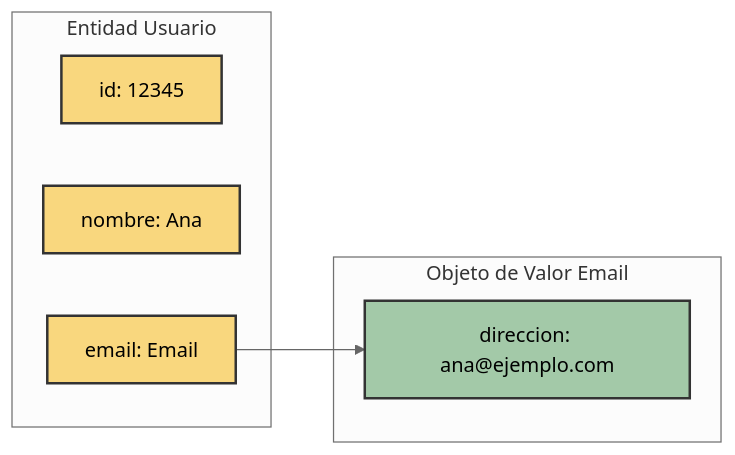
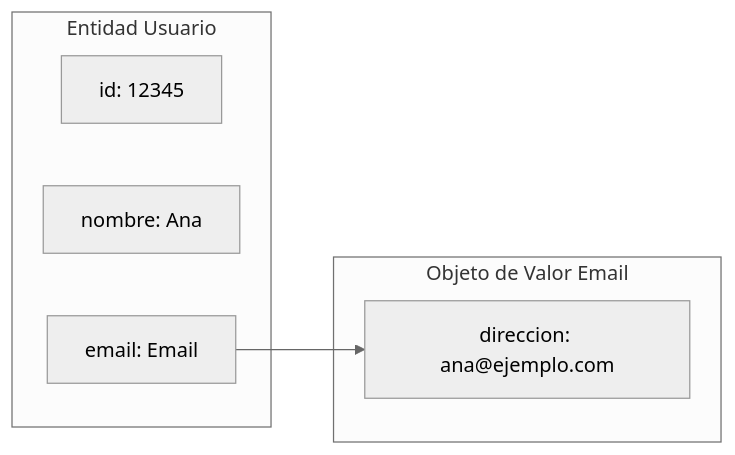
Before and after one commit to aialphanovatide/software-architecture-guide: the second of 4 diagrams in docs/ddd/entities-value-objects.md, drawn with Mermaid (neutral theme). The commit also changed other lines of this file and 8 other files, not shown here.

````diff
--- a/docs/ddd/entities-value-objects.md
+++ b/docs/ddd/entities-value-objects.md
@@ -102,19 +97,14 @@
 ```mermaid
 flowchart LR
     subgraph "Entidad Usuario"
         id[id: 12345]
         nombre[nombre: Ana]
         email[email: Email]
     end
     
     subgraph "Objeto de Valor Email"
         direccion[direccion: ana@ejemplo.com]
     end
     
     email --> direccion
-    
-    style id fill:#f9d77e,stroke:#333,stroke-width:2px
-    style nombre fill:#f9d77e,stroke:#333,stroke-width:2px
-    style email fill:#f9d77e,stroke:#333,stroke-width:2px
-    style direccion fill:#a3c9a8,stroke:#333,stroke-width:2px
 ```
````
